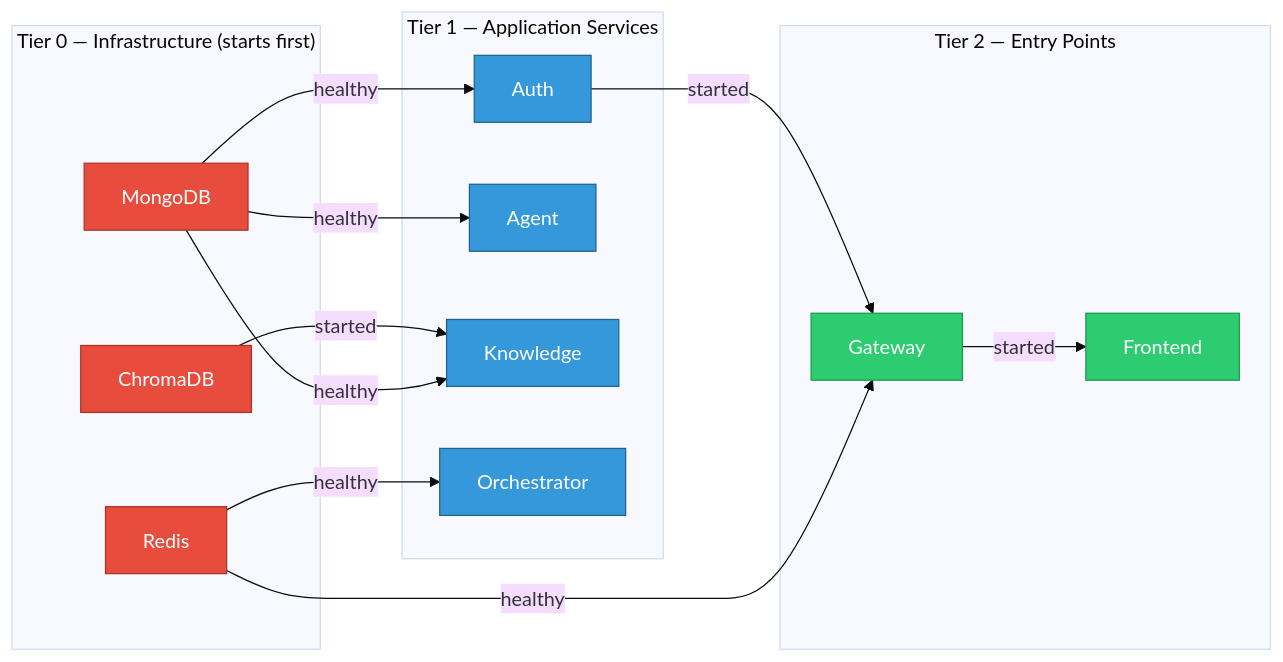
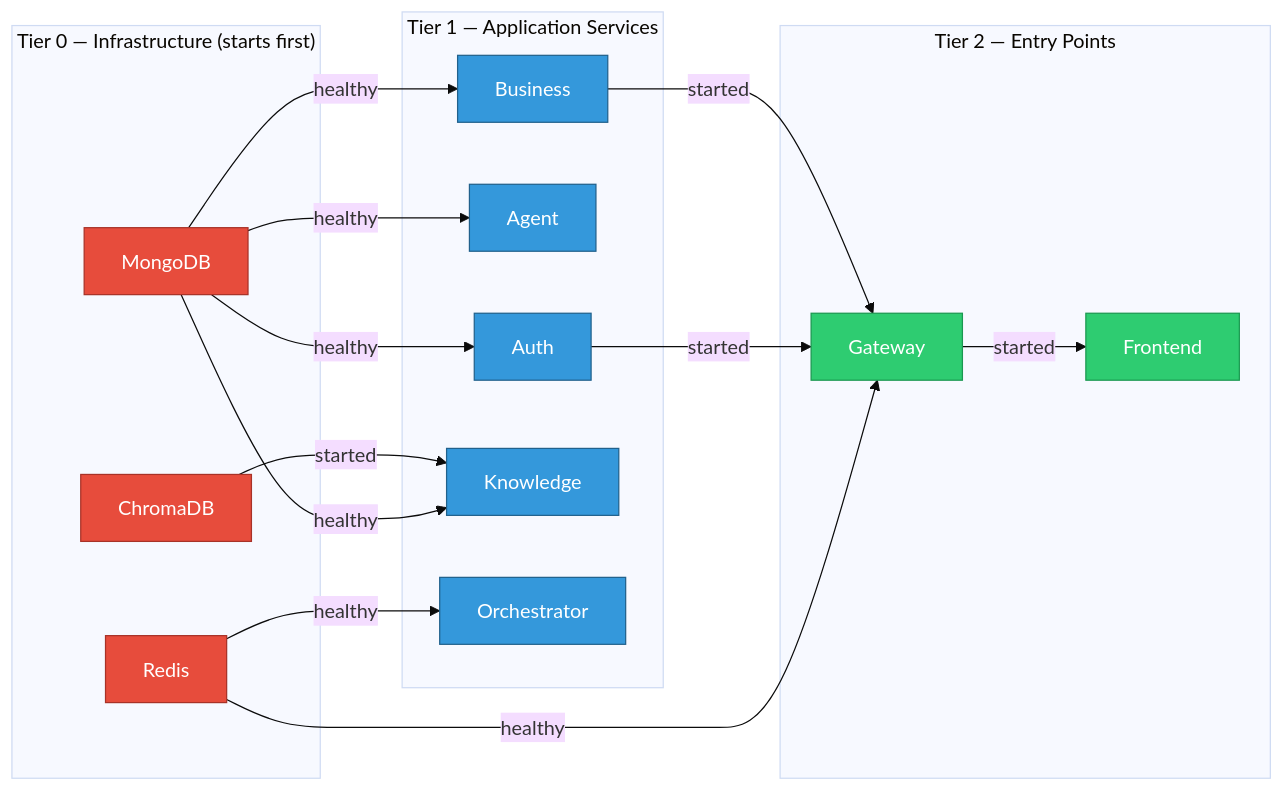
The second of 3 diagrams in docs/architecture/dependency-graph.md (valiobar/agents), drawn with Mermaid (base theme) before and after one commit. The commit also changed other lines of this file and 85 other files, not shown here.

````diff
--- a/docs/architecture/dependency-graph.md
+++ b/docs/architecture/dependency-graph.md
@@ -113,36 +120,39 @@
 ```mermaid
 graph LR
     subgraph tier0 ["Tier 0 — Infrastructure (starts first)"]
         M["MongoDB"]
         R["Redis"]
         C["ChromaDB"]
     end
 
     subgraph tier1 ["Tier 1 — Application Services"]
         A["Auth"]
         AG["Agent"]
+        B["Business"]
         K["Knowledge"]
         O["Orchestrator"]
     end
 
     subgraph tier2 ["Tier 2 — Entry Points"]
         GW["Gateway"]
         FE["Frontend"]
     end
 
     M -->|"healthy"| A
     M -->|"healthy"| AG
+    M -->|"healthy"| B
     M -->|"healthy"| K
     R -->|"healthy"| GW
     R -->|"healthy"| O
     C -->|"started"| K
     A -->|"started"| GW
+    B -->|"started"| GW
     GW -->|"started"| FE
 
     classDef t0 fill:#E74C3C,stroke:#A83228,color:#fff
     classDef t1 fill:#3498DB,stroke:#21618C,color:#fff
     classDef t2 fill:#2ECC71,stroke:#1A9850,color:#fff
     class M,R,C t0
-    class A,AG,K,O t1
+    class A,AG,B,K,O t1
     class GW,FE t2
 ```
````
